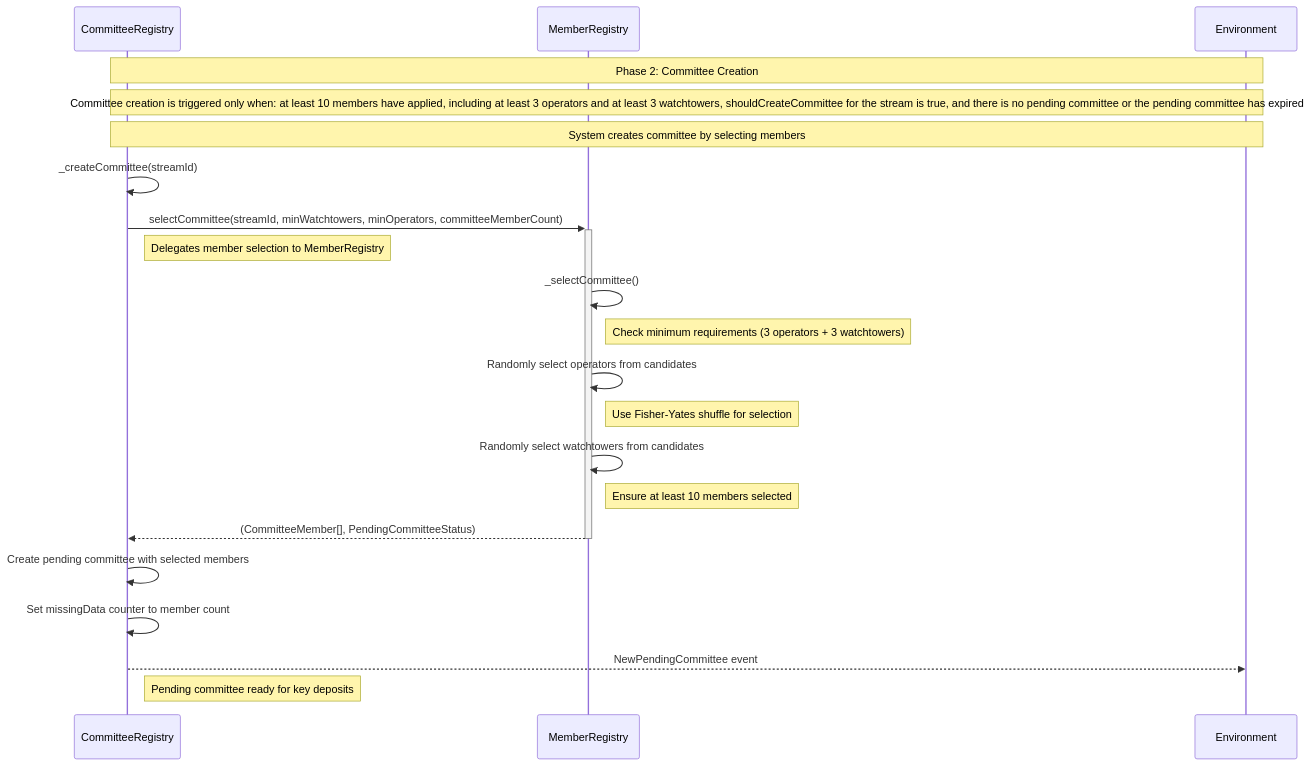
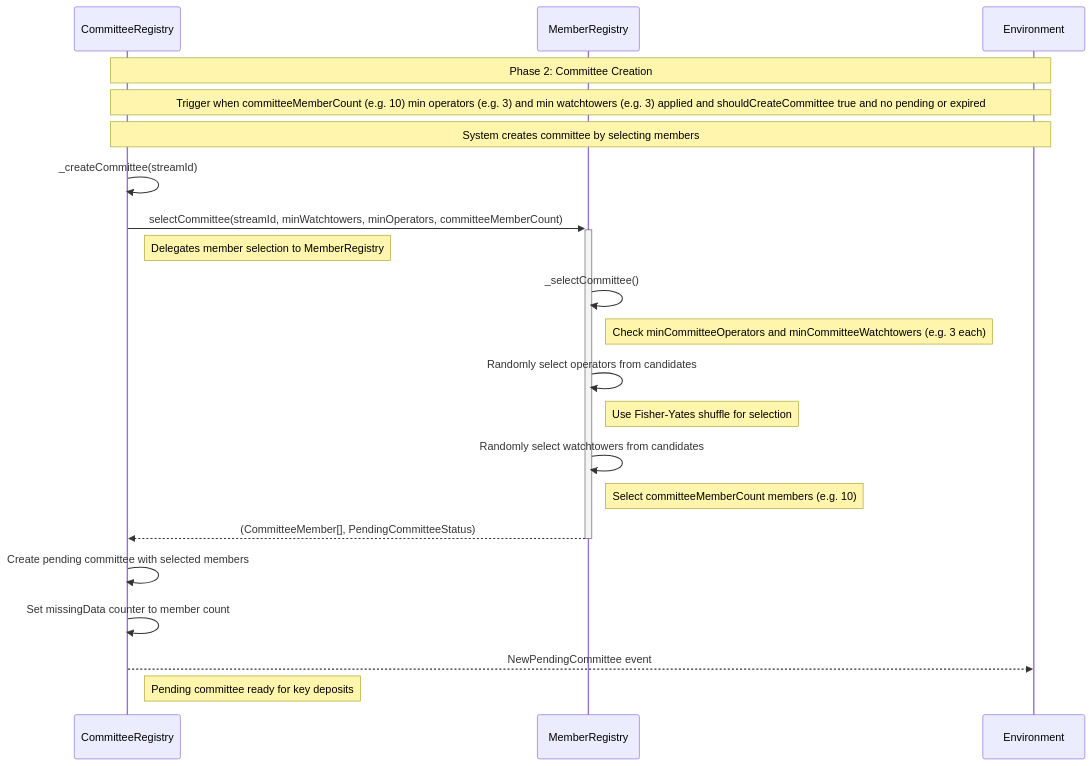
One commit to rsksmart/union-bridge-contracts changed the second of 14 diagrams in docs/src/README.md. Above: the diagram before and after it, drawn with Mermaid. The commit also changed other lines of this file and 98 other files, not shown here.

````diff
--- a/docs/src/README.md
+++ b/docs/src/README.md
@@ -614,25 +617,25 @@
 ```mermaid
 sequenceDiagram
     participant CR as CommitteeRegistry
     participant MR as MemberRegistry
     participant ENV as Environment
 
     Note over CR,ENV: Phase 2: Committee Creation
-    Note over CR,ENV: Committee creation is triggered only when: at least 10 members have applied, including at least 3 operators and at least 3 watchtowers, shouldCreateCommittee for the stream is true, and there is no pending committee or the pending committee has expired
+    Note over CR,ENV: Trigger when committeeMemberCount (e.g. 10) min operators (e.g. 3) and min watchtowers (e.g. 3) applied and shouldCreateCommittee true and no pending or expired
     Note over CR,ENV: System creates committee by selecting members
 
     CR->>CR: _createCommittee(streamId)
     CR->>+MR: selectCommittee(streamId, minWatchtowers, minOperators, committeeMemberCount)
     Note right of CR: Delegates member selection to MemberRegistry
     MR->>MR: _selectCommittee()
-    Note right of MR: Check minimum requirements (3 operators + 3 watchtowers)
+    Note right of MR: Check minCommitteeOperators and minCommitteeWatchtowers (e.g. 3 each)
     MR->>MR: Randomly select operators from candidates
     Note right of MR: Use Fisher-Yates shuffle for selection
     MR->>MR: Randomly select watchtowers from candidates
-    Note right of MR: Ensure at least 10 members selected
+    Note right of MR: Select committeeMemberCount members (e.g. 10)
     MR-->>-CR: (CommitteeMember[], PendingCommitteeStatus)
     CR->>CR: Create pending committee with selected members
     CR->>CR: Set missingData counter to member count
     CR-->>ENV: NewPendingCommittee event
     Note right of CR: Pending committee ready for key deposits
 ```
````
